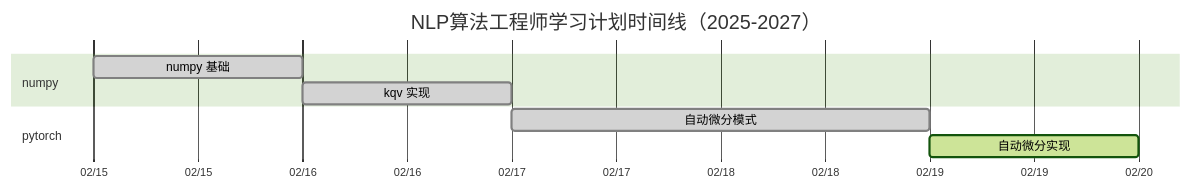
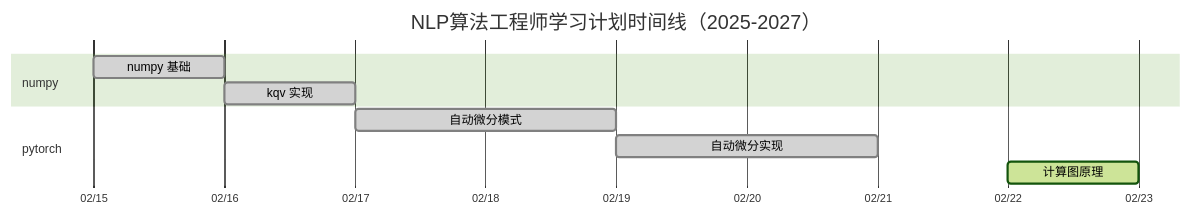
Before and after one commit to FLFoxMail/nlp: the diagram in 01 NLP核心模型与算法/第一阶段学习计划.md, drawn with Mermaid (forest theme). The commit also changed 1 other file, not shown here.

Commit message:
Add PyTorch computation graph notebook

````diff
--- a/01 NLP核心模型与算法/第一阶段学习计划.md
+++ b/01 NLP核心模型与算法/第一阶段学习计划.md
@@ -1,15 +1,16 @@
 ```mermaid
 gantt
     title NLP算法工程师学习计划时间线（2025-2027）
     dateFormat  YYYY-MM-DD
     axisFormat  %m/%d
 
     section numpy
     numpy 基础 :done, numpy, 2025-02-15,  1d
     kqv 实现: done, sa, after numpy,  1d
 
     section pytorch
     自动微分模式 : done, ad, after sa,  2d
-    自动微分实现 : active, ada, after ad, 1d
+    自动微分实现 : done, ada, after ad, 2d
+    计算图原理 : active, cg, 2025-02-22, 1d
 
 ```
````
